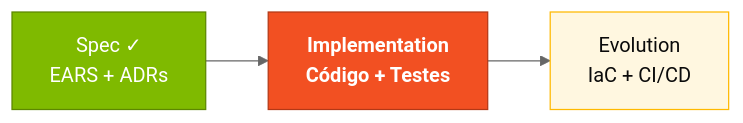
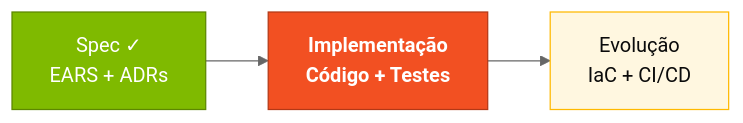
One commit to paulasilvatech/hackathon-datacorp-team-kit changed the first of 2 diagrams in pt-br/03-implementacao/GUIDE.md. Above: the diagram before and after it, drawn with Mermaid (neutral theme). The commit also changed other lines of this file and 172 other files, not shown here.

````diff
--- a/pt-br/03-implementacao/GUIDE.md
+++ b/pt-br/03-implementacao/GUIDE.md
@@ -19,12 +19,12 @@
 ```mermaid
 flowchart LR
  classDef done fill:#7FBA00,stroke:#5C8700,color:#fff
  classDef current fill:#F25022,stroke:#B33816,color:#fff,font-weight:bold
  classDef next fill:#FFF7E0,stroke:#FFB900,color:#0A0A0A
 
  SP[Spec ✓<br/>EARS + ADRs]:::done
- IM[Implementation<br/>Código + Testes]:::current
- EV[Evolution<br/>IaC + CI/CD]:::next
+ IM[Implementação<br/>Código + Testes]:::current
+ EV[Evolução<br/>IaC + CI/CD]:::next
 
  SP --> IM --> EV
 ```
````
